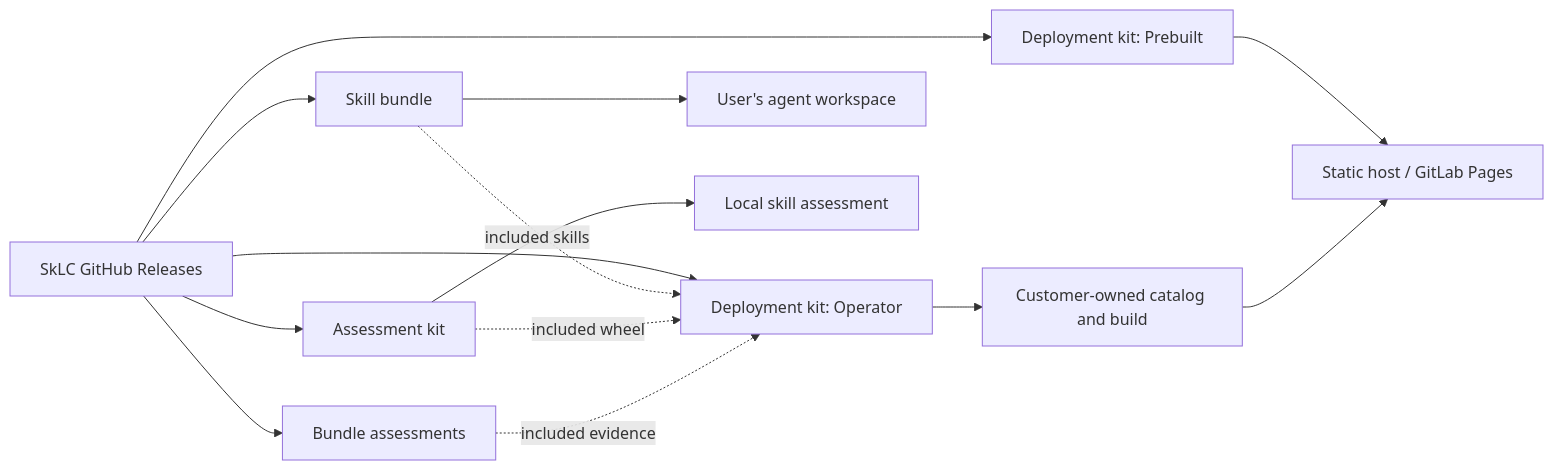
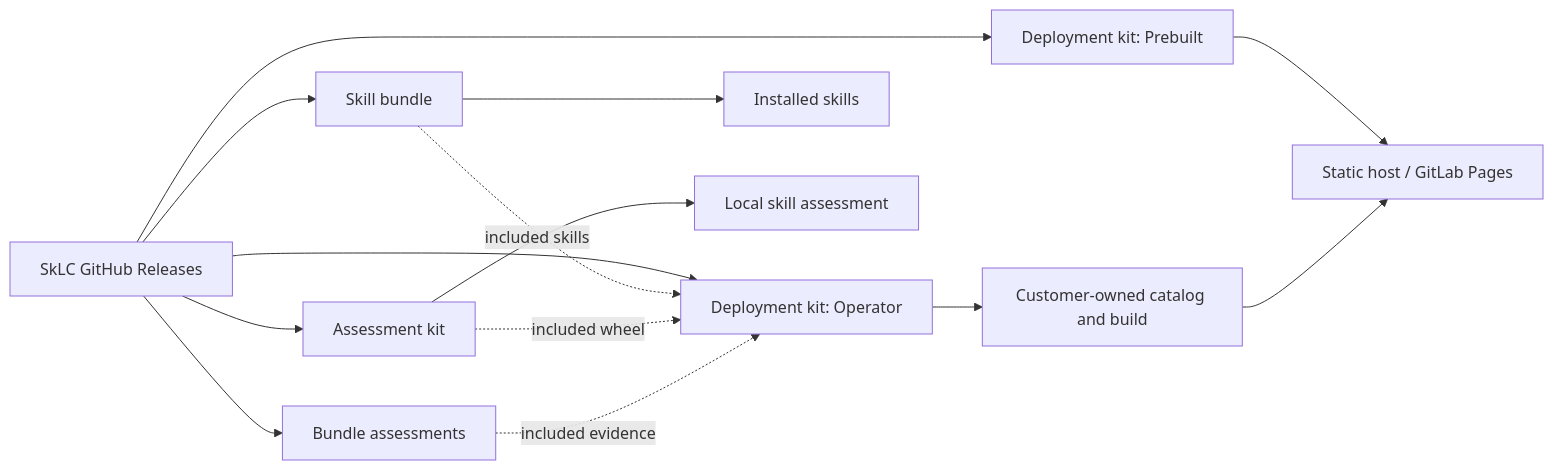
The first of 2 diagrams in docs/architecture.md (Code-dot-mil/SkLC), drawn with Mermaid before and after one commit. The commit also changed other lines of this file and 1 other file, not shown here.

Commit message:
docs: clarify preview installation and skill locations

````diff
--- a/docs/architecture.md
+++ b/docs/architecture.md
@@ -16,17 +16,17 @@
 ```mermaid
 flowchart LR
   releases["SkLC GitHub Releases"]
   releases --> bundle["Skill bundle"]
   releases --> assessment["Assessment kit"]
   releases --> prebuilt["Deployment kit: Prebuilt"]
   releases --> operator["Deployment kit: Operator"]
   releases --> evidence["Bundle assessments"]
-  bundle --> workspace["User's agent workspace"]
+  bundle --> installed["Installed skills"]
   assessment --> local["Local skill assessment"]
   prebuilt --> host["Static host / GitLab Pages"]
   operator --> instance["Customer-owned catalog and build"]
   instance --> host
   bundle -. "included skills" .-> operator
   assessment -. "included wheel" .-> operator
   evidence -. "included evidence" .-> operator
 ```
````
